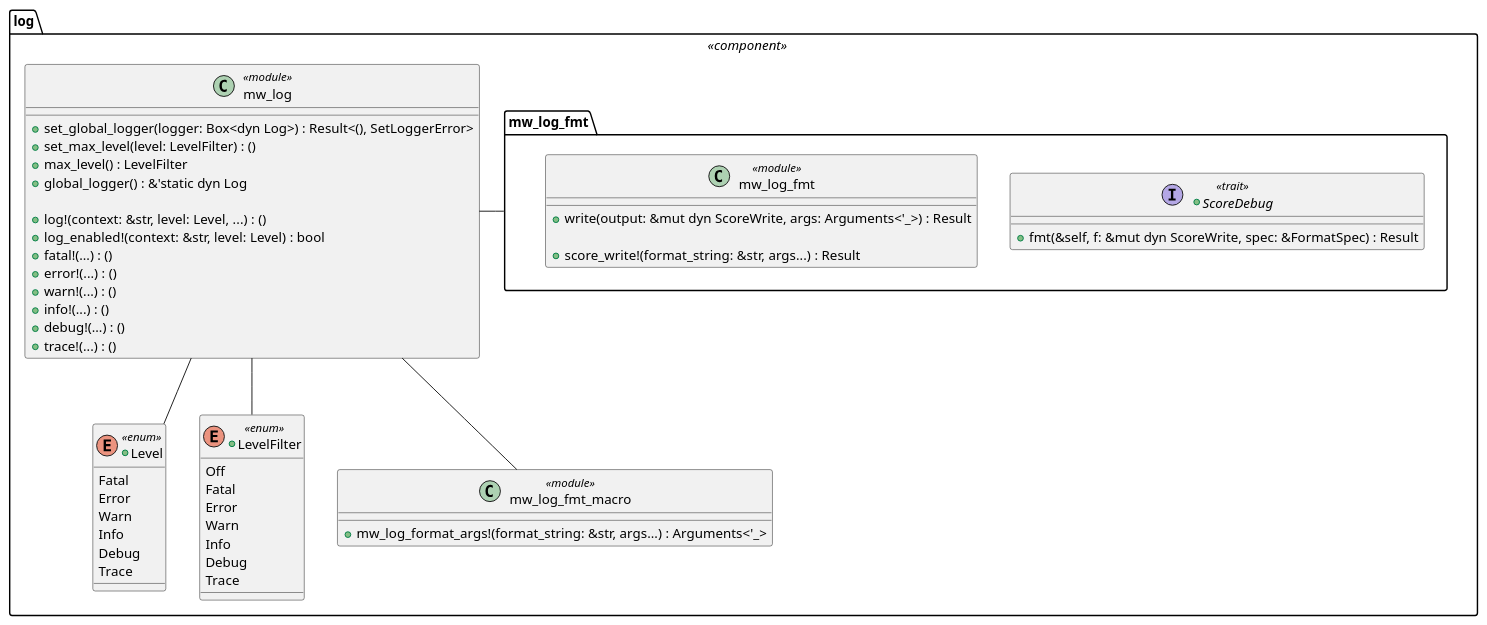
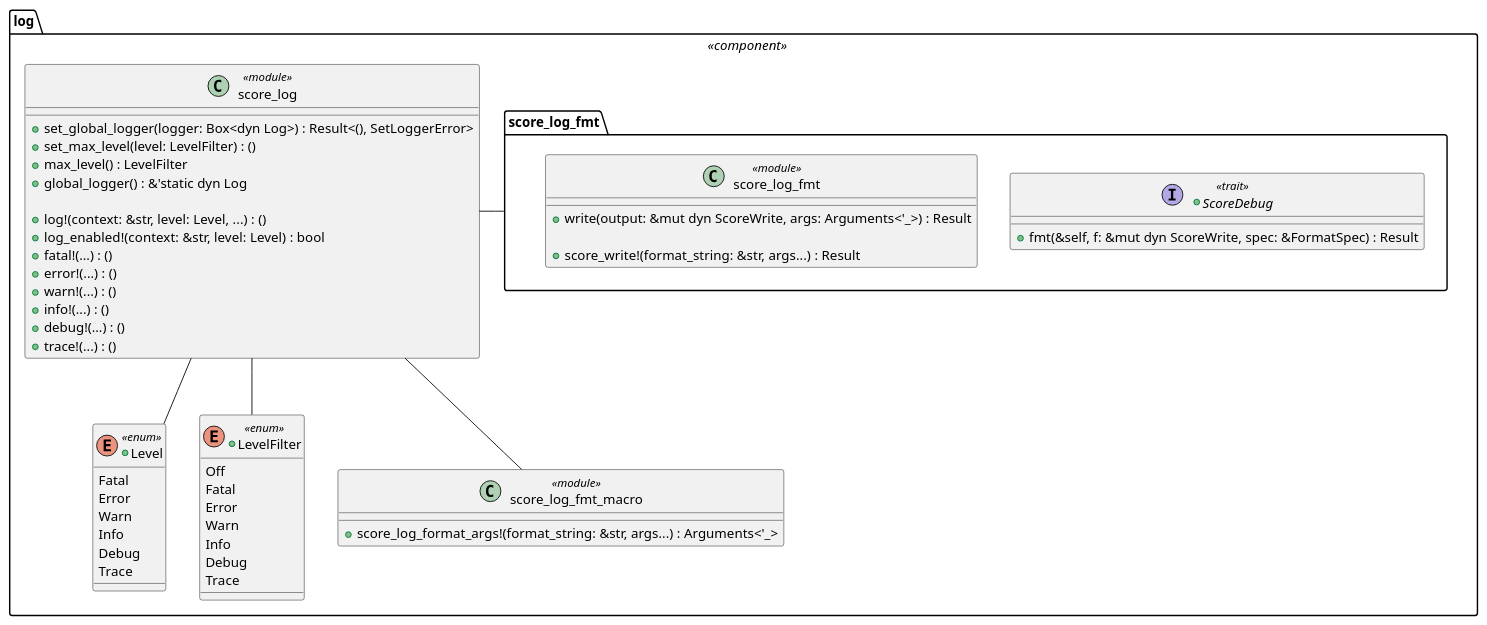
One commit to eclipse-score/baselibs_rust changed the diagram in docs/baselibs_rust/log/architecture/_assets/interface.puml. Above: the diagram before and after it, drawn with PlantUML. The commit also changed 44 other files, not shown here.

First line of the commit message:
log: rename `mw_log` to `score_log`

```diff
--- a/docs/baselibs_rust/log/architecture/_assets/interface.puml
+++ b/docs/baselibs_rust/log/architecture/_assets/interface.puml
@@ -1,61 +1,61 @@
 @startuml log_interface
 
 package log <<component>> {
     +enum Level <<enum>> {
         Fatal
         Error
         Warn
         Info
         Debug
         Trace
     }
 
     +enum LevelFilter <<enum>> {
         Off
         Fatal
         Error
         Warn
         Info
         Debug
         Trace
     }
 
-    class mw_log <<module>> {
+    class score_log <<module>> {
         +set_global_logger(logger: Box<dyn Log>) : Result<(), SetLoggerError>
         +set_max_level(level: LevelFilter) : ()
         +max_level() : LevelFilter
         +global_logger() : &'static dyn Log
 
         +log!(context: &str, level: Level, ...) : ()
         +log_enabled!(context: &str, level: Level) : bool
         +fatal!(...) : ()
         +error!(...) : ()
         +warn!(...) : ()
         +info!(...) : ()
         +debug!(...) : ()
         +trace!(...) : ()
     }
 
-    class mw_log_fmt_macro <<module>> {
-        +mw_log_format_args!(format_string: &str, args...) : Arguments<'_>
+    class score_log_fmt_macro <<module>> {
+        +score_log_format_args!(format_string: &str, args...) : Arguments<'_>
     }
 
-    package mw_log_fmt {
+    package score_log_fmt {
         +interface ScoreDebug <<trait>> {
             +fmt(&self, f: &mut dyn ScoreWrite, spec: &FormatSpec) : Result
         }
 
-        class mw_log_fmt <<module>> {
+        class score_log_fmt <<module>> {
             +write(output: &mut dyn ScoreWrite, args: Arguments<'_>) : Result
 
             +score_write!(format_string: &str, args...) : Result
         }
     }
 
-    mw_log -- Level
-    mw_log -- LevelFilter
-    mw_log -- mw_log_fmt_macro
-    mw_log -right- mw_log_fmt
+    score_log -- Level
+    score_log -- LevelFilter
+    score_log -- score_log_fmt_macro
+    score_log -right- score_log_fmt
 }
 
 @enduml
```
